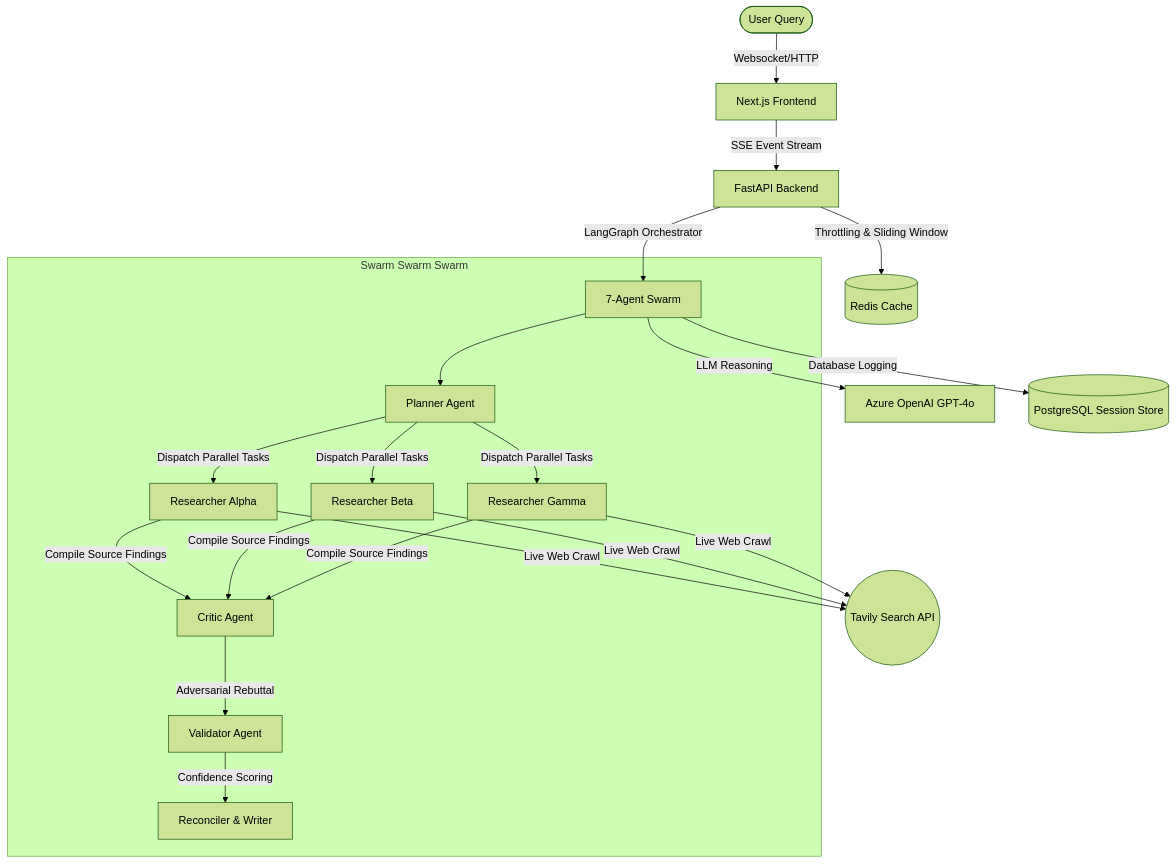
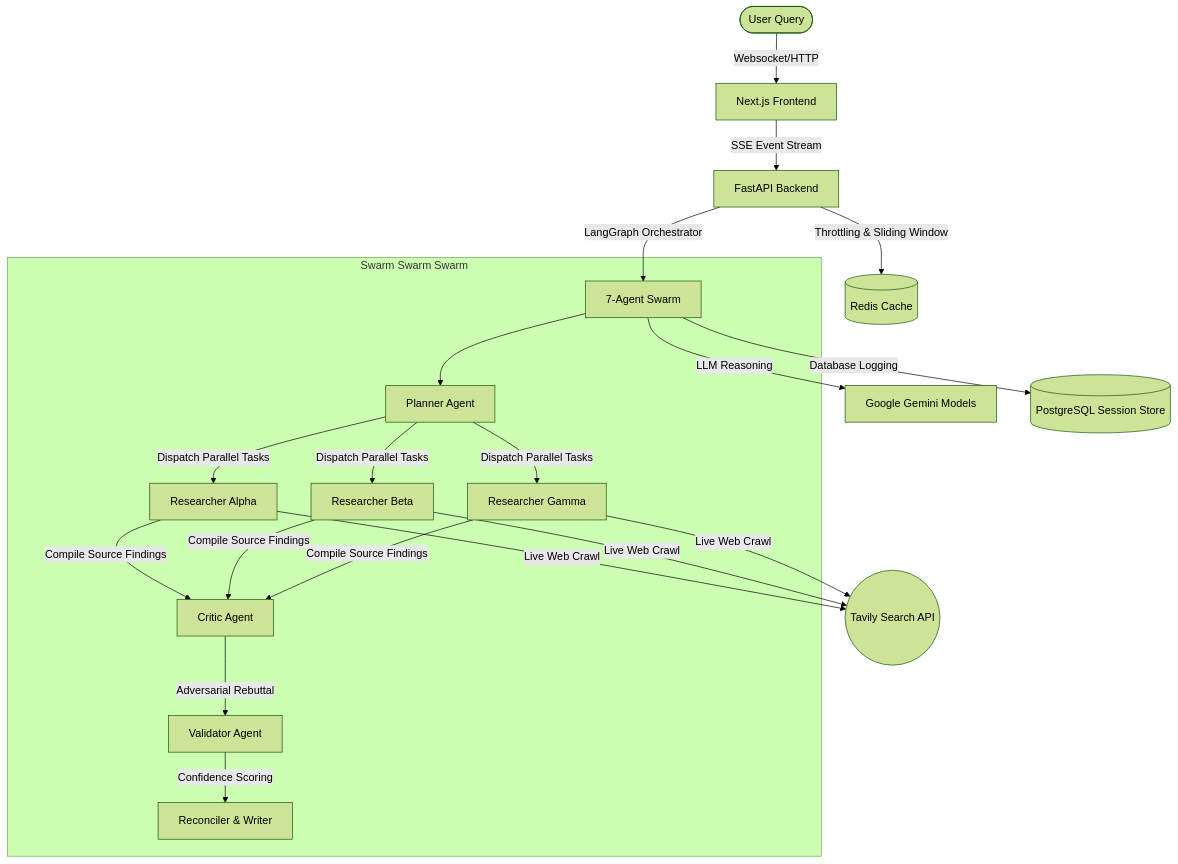
Before and after one commit to Kritika11052005/Nexus-Autonomous-Adversarial-Intelligence-Swarm-for-Deep-Market-Research.: the diagram in README.md, drawn with Mermaid (forest theme). The commit also changed other lines of this file, not shown here.

Commit message:
readme azure to gemini

````diff
--- a/README.md
+++ b/README.md
@@ -49,21 +49,21 @@
 ```mermaid
 graph TD
     User([User Query]) -->|Websocket/HTTP| FE[Next.js Frontend]
     FE -->|SSE Event Stream| BE[FastAPI Backend]
     BE -->|LangGraph Orchestrator| Swarm[7-Agent Swarm]
     
     subgraph Swarm Swarm Swarm
         Swarm --> Planner[Planner Agent]
         Planner -->|Dispatch Parallel Tasks| R1[Researcher Alpha]
         Planner -->|Dispatch Parallel Tasks| R2[Researcher Beta]
         Planner -->|Dispatch Parallel Tasks| R3[Researcher Gamma]
         R1 & R2 & R3 -->|Compile Source Findings| Critic[Critic Agent]
         Critic -->|Adversarial Rebuttal| Validator[Validator Agent]
         Validator -->|Confidence Scoring| Writer[Reconciler & Writer]
     end
     
     R1 & R2 & R3 -->|Live Web Crawl| Tavily((Tavily Search API))
-    Swarm -->|LLM Reasoning| Azure[Azure OpenAI GPT-4o]
+    Swarm -->|LLM Reasoning| Gemini[Google Gemini Models]
     Swarm -->|Database Logging| DB[(PostgreSQL Session Store)]
     BE -->|Throttling & Sliding Window| Redis[(Redis Cache)]
 ```
````
